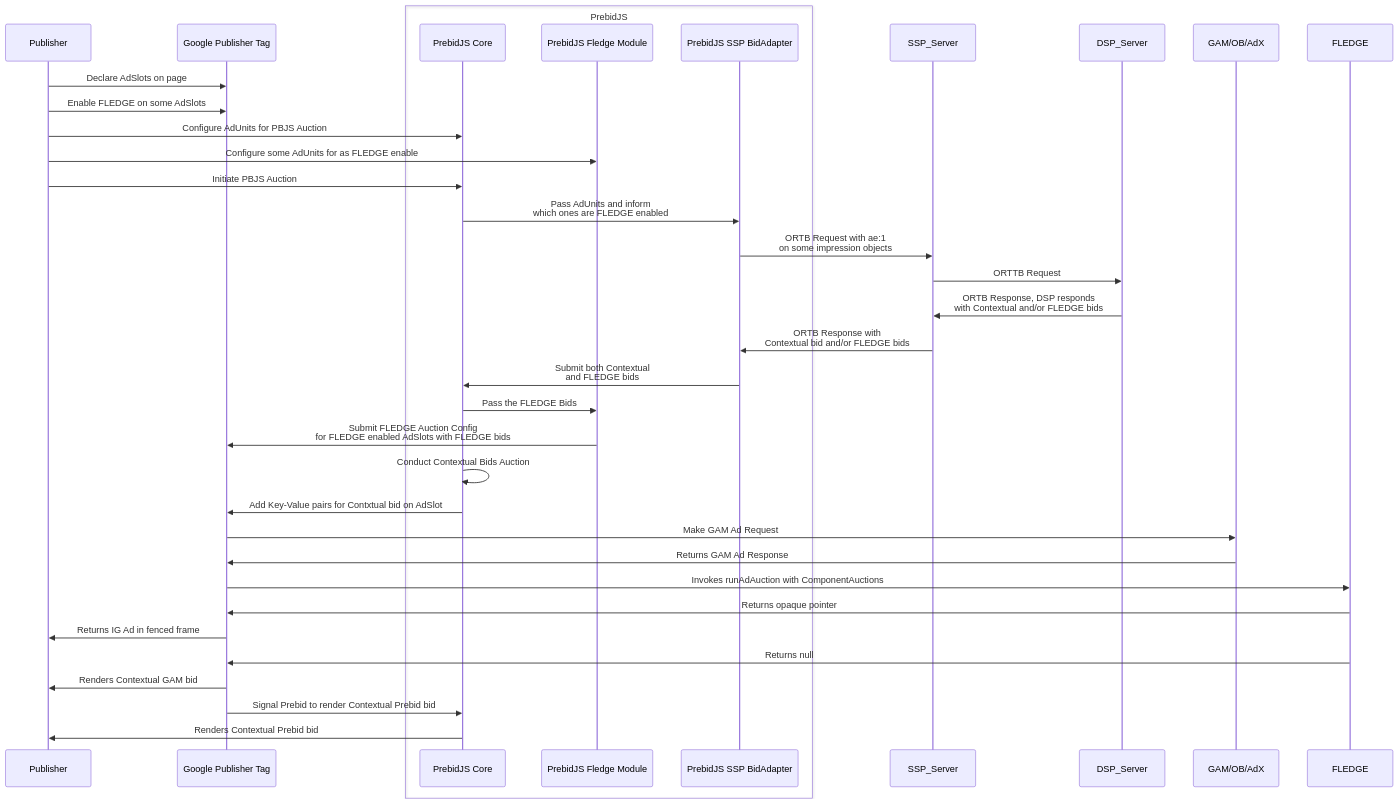
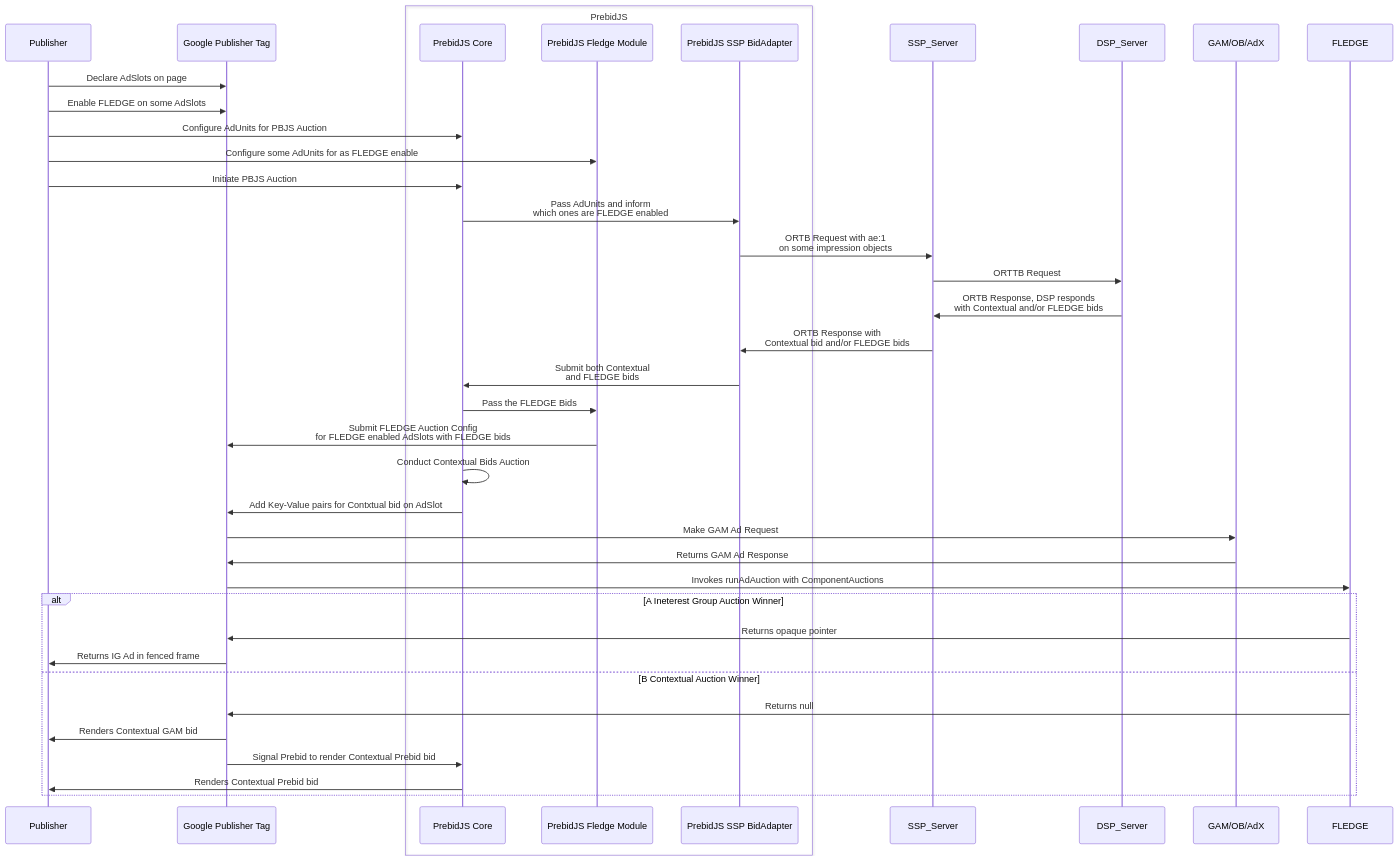
The diagram in FLEDGE.md (pm-harshad-mane/Diagrams), drawn with Mermaid before and after one commit.

````diff
--- a/FLEDGE.md
+++ b/FLEDGE.md
@@ -3,39 +3,42 @@
 ```mermaid
 sequenceDiagram
     participant Pub as Publisher
     participant GPT as Google Publisher Tag
     box PrebidJS
     participant PBJS as PrebidJS Core
     participant PBJS_FLEDGE as PrebidJS Fledge Module
     participant SSP_PBJS as PrebidJS SSP BidAdapter
     end
     participant SSP_Server
     participant DSP_Server
     participant GAM as GAM/OB/AdX
     Participant FLEDGE
 
     Pub->>GPT: Declare AdSlots on page
     Pub->>GPT: Enable FLEDGE on some AdSlots
     Pub->>PBJS: Configure AdUnits for PBJS Auction
     Pub->>PBJS_FLEDGE: Configure some AdUnits for as FLEDGE enable
     Pub->>PBJS: Initiate PBJS Auction
     PBJS->>SSP_PBJS: Pass AdUnits and inform <br/> which ones are FLEDGE enabled
     SSP_PBJS->>SSP_Server: ORTB Request with ae:1 <br/>  on some impression objects
     SSP_Server->>DSP_Server: ORTTB Request
     DSP_Server->>SSP_Server: ORTB Response, DSP responds <br/> with Contextual and/or FLEDGE bids
     SSP_Server->>SSP_PBJS: ORTB Response with <br/> Contextual bid and/or FLEDGE bids
     SSP_PBJS->>PBJS: Submit both Contextual <br/> and FLEDGE bids
     PBJS->>PBJS_FLEDGE: Pass the FLEDGE Bids
     PBJS_FLEDGE->>GPT: Submit FLEDGE Auction Config <br/> for FLEDGE enabled AdSlots with FLEDGE bids
     PBJS->>PBJS: Conduct Contextual Bids Auction
     PBJS->>GPT: Add Key-Value pairs for Contxtual bid on AdSlot
     GPT->>GAM: Make GAM Ad Request
     GAM->>GPT: Returns GAM Ad Response
     GPT->>FLEDGE: Invokes runAdAuction with ComponentAuctions
-    FLEDGE->>GPT: Returns opaque pointer
-    GPT->>Pub: Returns IG Ad in fenced frame
-    FLEDGE->>GPT: Returns null
-    GPT->>Pub: Renders Contextual GAM bid
-    GPT->>PBJS: Signal Prebid to render Contextual Prebid bid
-    PBJS->>Pub: Renders Contextual Prebid bid
+    alt A Ineterest Group Auction Winner
+        FLEDGE->>GPT: Returns opaque pointer
+        GPT->>Pub: Returns IG Ad in fenced frame
+    else B Contextual Auction Winner    
+        FLEDGE->>GPT: Returns null
+        GPT->>Pub: Renders Contextual GAM bid
+        GPT->>PBJS: Signal Prebid to render Contextual Prebid bid
+        PBJS->>Pub: Renders Contextual Prebid bid
+    end    
 ```
````
